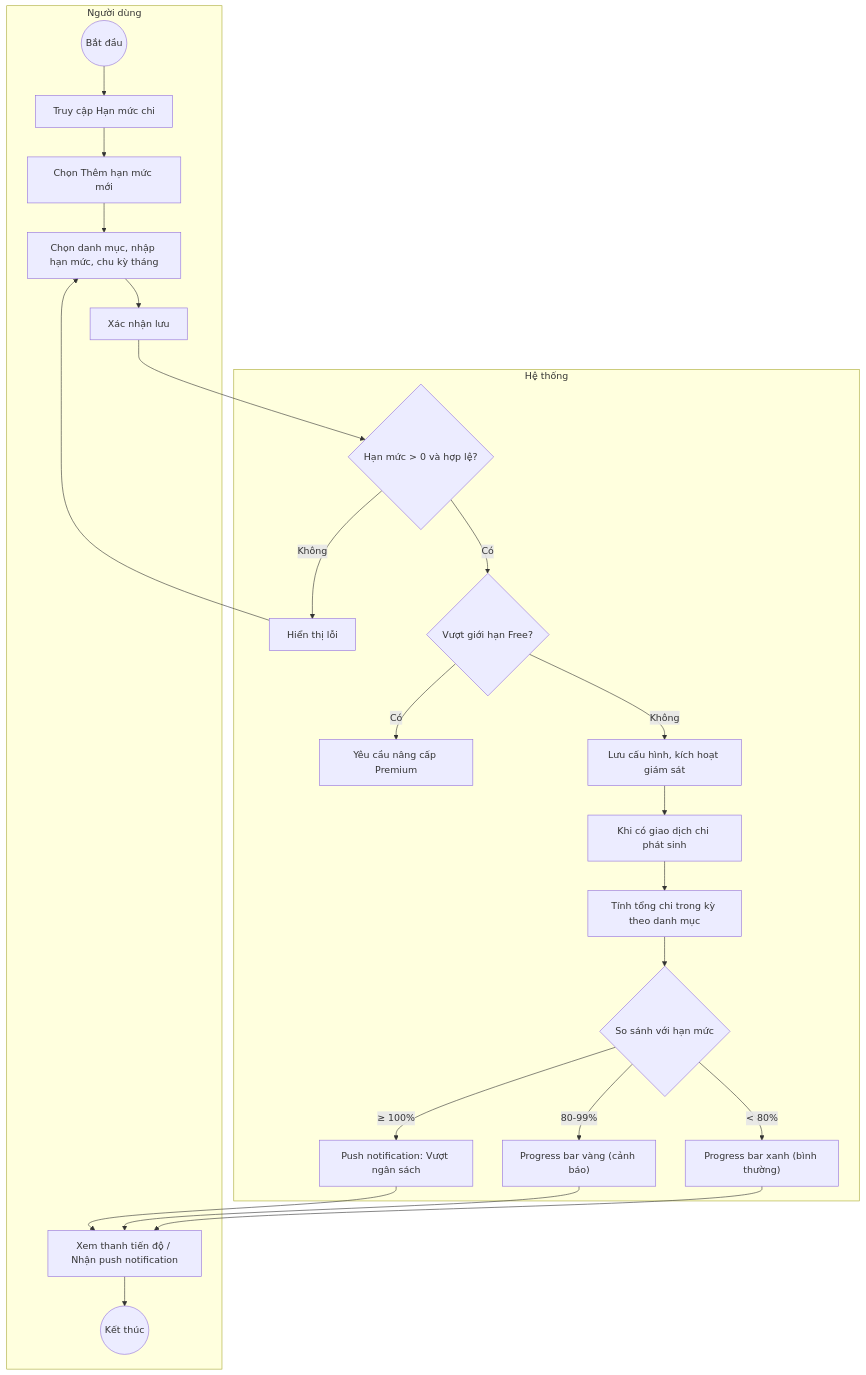
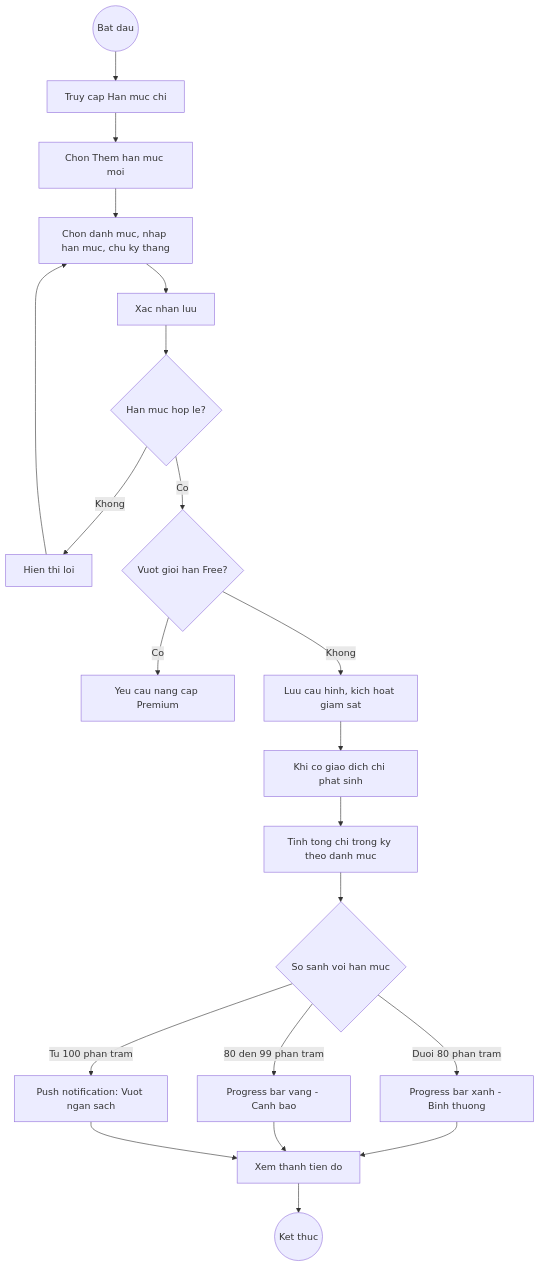
One commit to Hieu-vn/Graduation-Thesis changed the sixth of 10 diagrams in Nghiên cứu MISA MoneyKeeper.md. Above: the diagram before and after it, drawn with Mermaid. The commit also changed other lines of this file, not shown here.

First line of the commit message:
fix: Rewrite all 10 mermaid diagrams for GitHub rendering

````diff
--- a/Nghiên cứu MISA MoneyKeeper.md
+++ b/Nghiên cứu MISA MoneyKeeper.md
@@ -204,26 +182,22 @@
 ```mermaid
 flowchart TD
-    subgraph "Người dùng"
-        A((Bắt đầu)) --> B[Truy cập Hạn mức chi]
-        B --> C[Chọn Thêm hạn mức mới]
-        C --> D["Chọn danh mục, nhập hạn mức, chu kỳ tháng"]
-        D --> E[Xác nhận lưu]
-        K[Xem thanh tiến độ / Nhận push notification] --> L((Kết thúc))
-    end
-    subgraph "Hệ thống"
-        E --> F{Hạn mức > 0 và hợp lệ?}
-        F -->|Không| F2[Hiển thị lỗi] --> D
-        F -->|Có| G{Vượt giới hạn Free?}
-        G -->|Có| G2[Yêu cầu nâng cấp Premium]
-        G -->|Không| H[Lưu cấu hình, kích hoạt giám sát]
-        H --> I["Khi có giao dịch chi phát sinh"]
-        I --> I2[Tính tổng chi trong kỳ theo danh mục]
-        I2 --> J{So sánh với hạn mức}
-        J -->|"< 80%"| J1["Progress bar xanh (bình thường)"]
-        J -->|"80-99%"| J2["Progress bar vàng (cảnh báo)"]
-        J -->|"≥ 100%"| J3["Push notification: Vượt ngân sách"]
-    end
-    J1 --> K
+    A((Bat dau)) --> B[Truy cap Han muc chi]
+    B --> C[Chon Them han muc moi]
+    C --> D[Chon danh muc, nhap han muc, chu ky thang]
+    D --> E[Xac nhan luu]
+    E --> F{Han muc hop le?}
+    F -->|Khong| F2[Hien thi loi] --> D
+    F -->|Co| G{Vuot gioi han Free?}
+    G -->|Co| G2[Yeu cau nang cap Premium]
+    G -->|Khong| H[Luu cau hinh, kich hoat giam sat]
+    H --> I[Khi co giao dich chi phat sinh]
+    I --> I2[Tinh tong chi trong ky theo danh muc]
+    I2 --> J{So sanh voi han muc}
+    J -->|Duoi 80 phan tram| J1[Progress bar xanh - Binh thuong]
+    J -->|80 den 99 phan tram| J2[Progress bar vang - Canh bao]
+    J -->|Tu 100 phan tram| J3[Push notification: Vuot ngan sach]
+    J1 --> K[Xem thanh tien do]
     J2 --> K
     J3 --> K
+    K --> L((Ket thuc))
 ```
````
